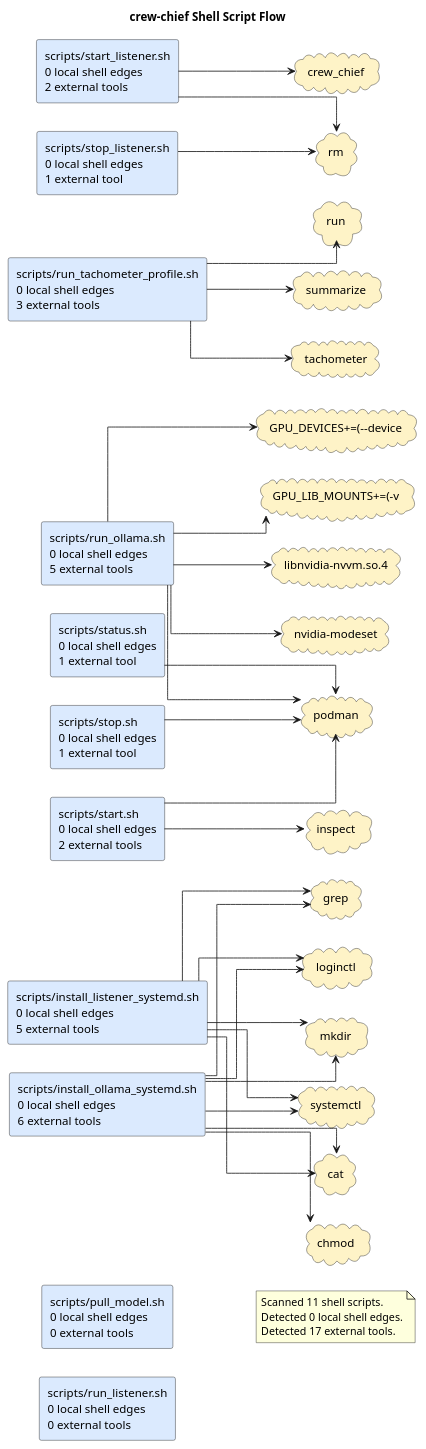
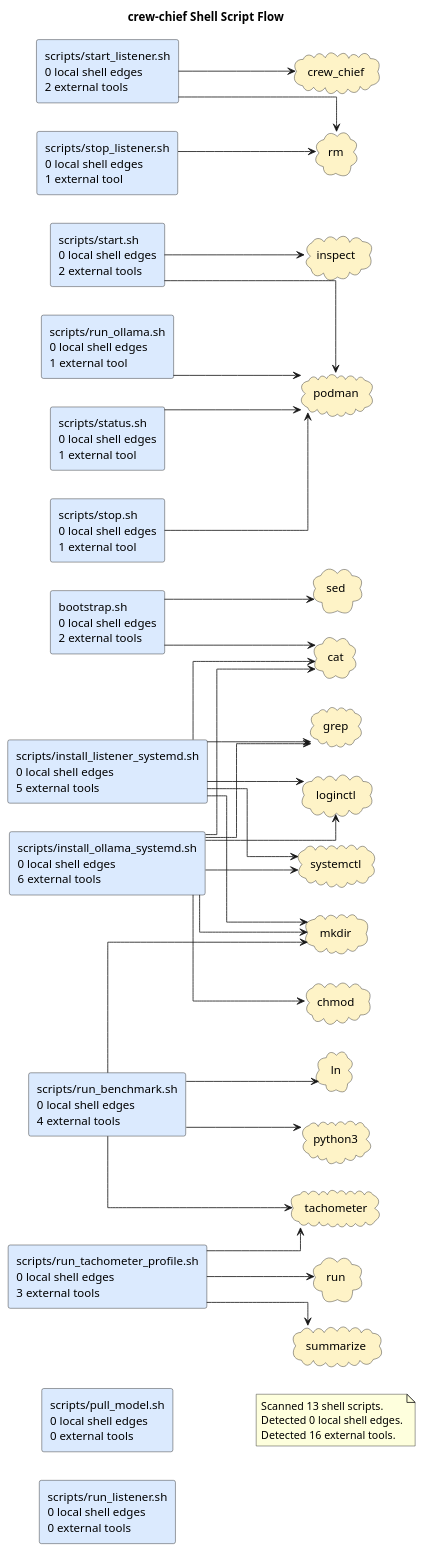
The diagram in docs/diagrams/shell-call-graph.puml (casonk/crew-chief), drawn with PlantUML before and after one commit. The commit also changed 14 other files, not shown here.

Commit message:
docs: refresh architecture diagrams (#7)

```diff
--- a/docs/diagrams/shell-call-graph.puml
+++ b/docs/diagrams/shell-call-graph.puml
@@ -1,67 +1,70 @@
 @startuml
 title crew-chief Shell Script Flow
 left to right direction
 skinparam shadowing false
 skinparam defaultFontName Monospace
 skinparam componentStyle rectangle
 skinparam linetype ortho
+rectangle "bootstrap.sh\n0 local shell edges\n2 external tools" as shell_bootstrap_sh #DBEAFE
 rectangle "scripts/install_listener_systemd.sh\n0 local shell edges\n5 external tools" as shell_scripts_install_listener_systemd_sh #DBEAFE
 rectangle "scripts/install_ollama_systemd.sh\n0 local shell edges\n6 external tools" as shell_scripts_install_ollama_systemd_sh #DBEAFE
 rectangle "scripts/pull_model.sh\n0 local shell edges\n0 external tools" as shell_scripts_pull_model_sh #DBEAFE
+rectangle "scripts/run_benchmark.sh\n0 local shell edges\n4 external tools" as shell_scripts_run_benchmark_sh #DBEAFE
 rectangle "scripts/run_listener.sh\n0 local shell edges\n0 external tools" as shell_scripts_run_listener_sh #DBEAFE
-rectangle "scripts/run_ollama.sh\n0 local shell edges\n5 external tools" as shell_scripts_run_ollama_sh #DBEAFE
+rectangle "scripts/run_ollama.sh\n0 local shell edges\n1 external tool" as shell_scripts_run_ollama_sh #DBEAFE
 rectangle "scripts/run_tachometer_profile.sh\n0 local shell edges\n3 external tools" as shell_scripts_run_tachometer_profile_sh #DBEAFE
 rectangle "scripts/start.sh\n0 local shell edges\n2 external tools" as shell_scripts_start_sh #DBEAFE
 rectangle "scripts/start_listener.sh\n0 local shell edges\n2 external tools" as shell_scripts_start_listener_sh #DBEAFE
 rectangle "scripts/status.sh\n0 local shell edges\n1 external tool" as shell_scripts_status_sh #DBEAFE
 rectangle "scripts/stop.sh\n0 local shell edges\n1 external tool" as shell_scripts_stop_sh #DBEAFE
 rectangle "scripts/stop_listener.sh\n0 local shell edges\n1 external tool" as shell_scripts_stop_listener_sh #DBEAFE
-cloud "GPU_DEVICES+=(--device" as tool_gpu_devices_device #FEF3C7
-cloud "GPU_LIB_MOUNTS+=(-v" as tool_gpu_lib_mounts_v #FEF3C7
 cloud "cat" as tool_cat #FEF3C7
 cloud "chmod" as tool_chmod #FEF3C7
 cloud "crew_chief" as tool_crew_chief #FEF3C7
 cloud "grep" as tool_grep #FEF3C7
 cloud "inspect" as tool_inspect #FEF3C7
-cloud "libnvidia-nvvm.so.4" as tool_libnvidia_nvvm_so_4 #FEF3C7
+cloud "ln" as tool_ln #FEF3C7
 cloud "loginctl" as tool_loginctl #FEF3C7
 cloud "mkdir" as tool_mkdir #FEF3C7
-cloud "nvidia-modeset" as tool_nvidia_modeset #FEF3C7
 cloud "podman" as tool_podman #FEF3C7
+cloud "python3" as tool_python3 #FEF3C7
 cloud "rm" as tool_rm #FEF3C7
 cloud "run" as tool_run #FEF3C7
+cloud "sed" as tool_sed #FEF3C7
 cloud "summarize" as tool_summarize #FEF3C7
 cloud "systemctl" as tool_systemctl #FEF3C7
 cloud "tachometer" as tool_tachometer #FEF3C7
+shell_bootstrap_sh --> tool_cat
+shell_bootstrap_sh --> tool_sed
 shell_scripts_install_listener_systemd_sh --> tool_cat
 shell_scripts_install_listener_systemd_sh --> tool_grep
 shell_scripts_install_listener_systemd_sh --> tool_loginctl
 shell_scripts_install_listener_systemd_sh --> tool_mkdir
 shell_scripts_install_listener_systemd_sh --> tool_systemctl
 shell_scripts_install_ollama_systemd_sh --> tool_cat
 shell_scripts_install_ollama_systemd_sh --> tool_chmod
 shell_scripts_install_ollama_systemd_sh --> tool_grep
 shell_scripts_install_ollama_systemd_sh --> tool_loginctl
 shell_scripts_install_ollama_systemd_sh --> tool_mkdir
 shell_scripts_install_ollama_systemd_sh --> tool_systemctl
-shell_scripts_run_ollama_sh --> tool_gpu_devices_device
-shell_scripts_run_ollama_sh --> tool_gpu_lib_mounts_v
-shell_scripts_run_ollama_sh --> tool_libnvidia_nvvm_so_4
-shell_scripts_run_ollama_sh --> tool_nvidia_modeset
+shell_scripts_run_benchmark_sh --> tool_ln
+shell_scripts_run_benchmark_sh --> tool_mkdir
+shell_scripts_run_benchmark_sh --> tool_python3
+shell_scripts_run_benchmark_sh --> tool_tachometer
 shell_scripts_run_ollama_sh --> tool_podman
 shell_scripts_run_tachometer_profile_sh --> tool_run
 shell_scripts_run_tachometer_profile_sh --> tool_summarize
 shell_scripts_run_tachometer_profile_sh --> tool_tachometer
 shell_scripts_start_listener_sh --> tool_crew_chief
 shell_scripts_start_listener_sh --> tool_rm
 shell_scripts_start_sh --> tool_inspect
 shell_scripts_start_sh --> tool_podman
 shell_scripts_status_sh --> tool_podman
 shell_scripts_stop_listener_sh --> tool_rm
 shell_scripts_stop_sh --> tool_podman
 note as shellGraphSummary
-Scanned 11 shell scripts.
+Scanned 13 shell scripts.
 Detected 0 local shell edges.
-Detected 17 external tools.
+Detected 16 external tools.
 end note
 @enduml
```
